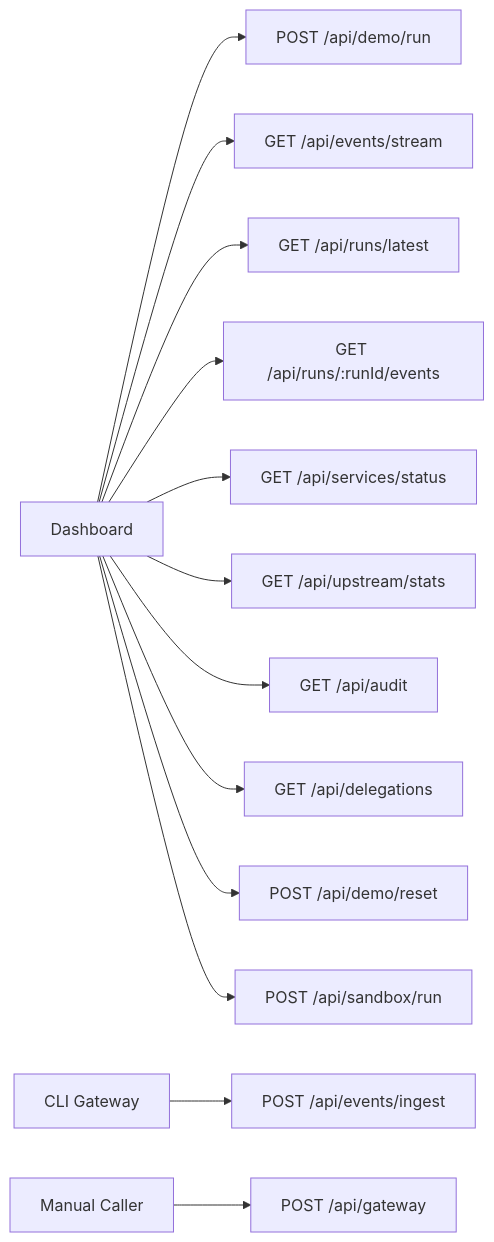
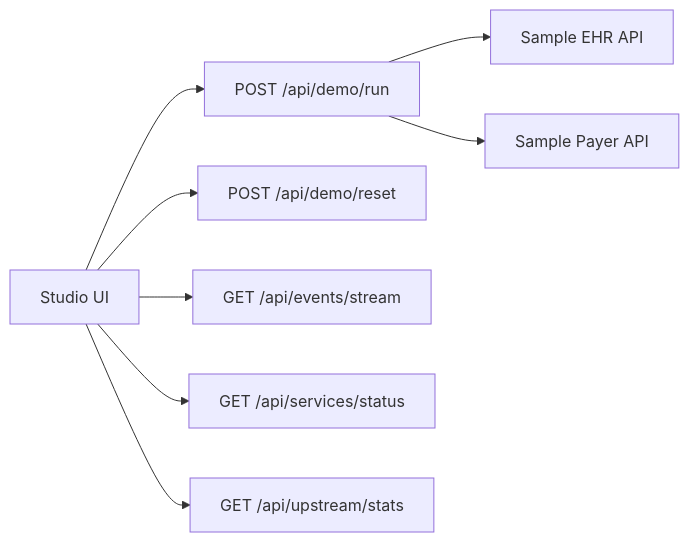
One commit to roshaninfordham/healthagentpassport changed the diagram in docs/api-reference.md. Above: the diagram before and after it, drawn with Mermaid. The commit also changed other lines of this file and 137 other files, not shown here.

````diff
--- a/docs/api-reference.md
+++ b/docs/api-reference.md
@@ -7,15 +7,10 @@
 ```mermaid
 flowchart LR
-  UI[Dashboard] --> DemoRun["POST /api/demo/run"]
-  CliGateway[CLI Gateway] --> EventIngest["POST /api/events/ingest"]
-  UI --> EventStream["GET /api/events/stream"]
-  UI --> Latest["GET /api/runs/latest"]
-  UI --> RunEvents["GET /api/runs/:runId/events"]
+  UI[Studio UI] --> Run["POST /api/demo/run"]
+  UI --> Reset["POST /api/demo/reset"]
+  UI --> Stream["GET /api/events/stream"]
   UI --> Status["GET /api/services/status"]
-  UI --> UpstreamStats["GET /api/upstream/stats"]
-  UI --> Audit["GET /api/audit"]
-  UI --> Delegations["GET /api/delegations"]
-  UI --> Reset["POST /api/demo/reset"]
-  UI --> Sandbox["POST /api/sandbox/run"]
-  External[Manual Caller] --> LegacyGateway["POST /api/gateway"]
+  UI --> Stats["GET /api/upstream/stats"]
+  Run --> EHR[Sample EHR API]
+  Run --> Payer[Sample Payer API]
 ```
````
